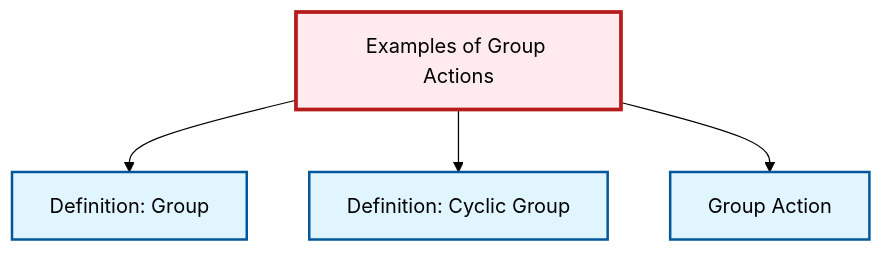
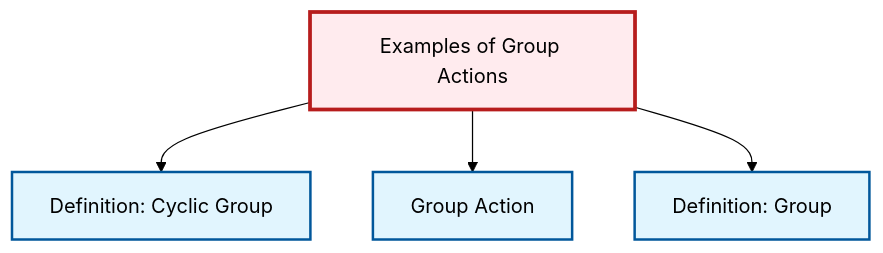
Before and after one commit to RK0429/ModernMath: the diagram in content/en/algebra/ex-group-action-examples.qmd, drawn with Mermaid (forest theme). The commit also changed other lines of this file and 615 other files, not shown here.

````diff
--- a/content/en/algebra/ex-group-action-examples.qmd
+++ b/content/en/algebra/ex-group-action-examples.qmd
@@ -73,20 +73,20 @@
 ```{mermaid}
 %%| fig-cap: "Local dependency graph"
 graph TD
     classDef definition fill:#e1f5fe,stroke:#01579b,stroke-width:2px
     classDef theorem fill:#f3e5f5,stroke:#4a148c,stroke-width:2px
     classDef axiom fill:#fff3e0,stroke:#e65100,stroke-width:2px
     classDef example fill:#e8f5e9,stroke:#1b5e20,stroke-width:2px
     classDef current fill:#ffebee,stroke:#b71c1c,stroke-width:3px
     def-group["Definition: Group"]:::definition
+    ex-group-action-examples["Examples of Group Actions"]:::example
     def-cyclic-group["Definition: Cyclic Group"]:::definition
-    ex-group-action-examples["Examples of Group Actions"]:::example
     def-group-action["Group Action"]:::definition
-    ex-group-action-examples --> def-group
     ex-group-action-examples --> def-cyclic-group
     ex-group-action-examples --> def-group-action
+    ex-group-action-examples --> def-group
     class ex-group-action-examples current
     click def-group "def-group.html" "Go to Group definition"
     click def-cyclic-group "def-cyclic-group.html" "Go to Cyclic Group definition"
     click def-group-action "def-group-action.html" "Go to Group Action"
 ```
````
